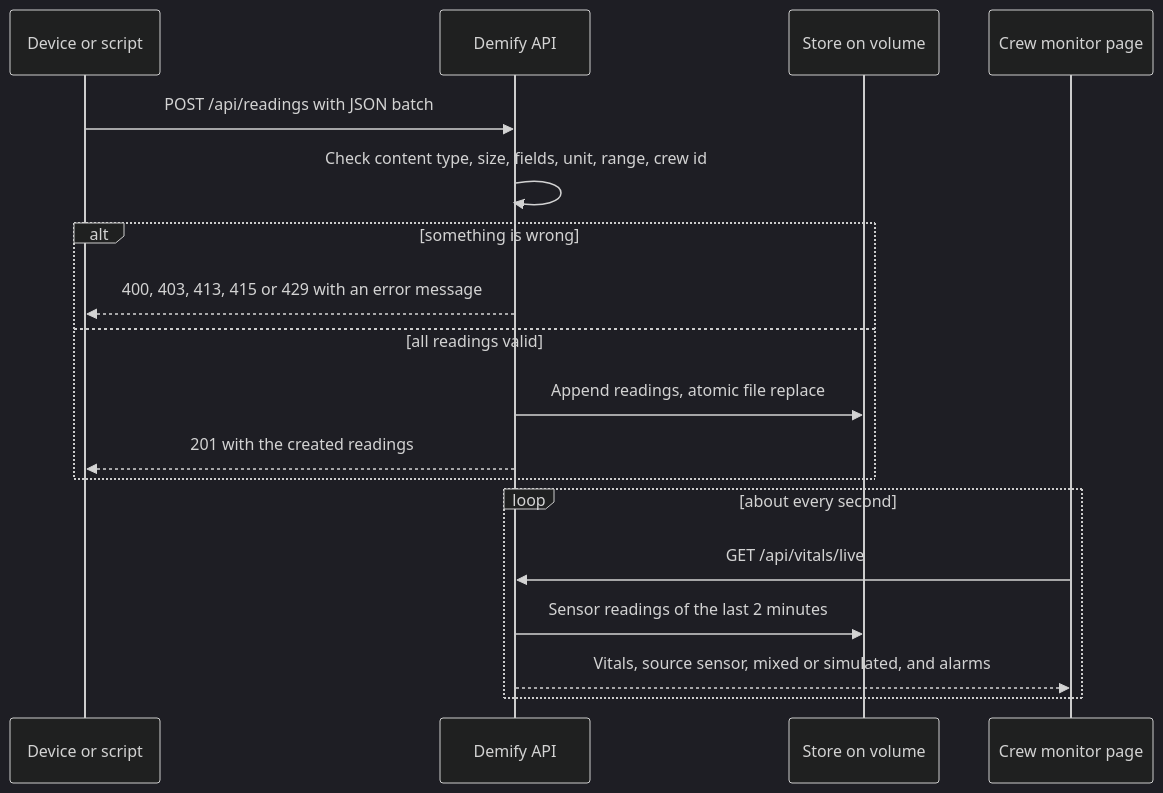
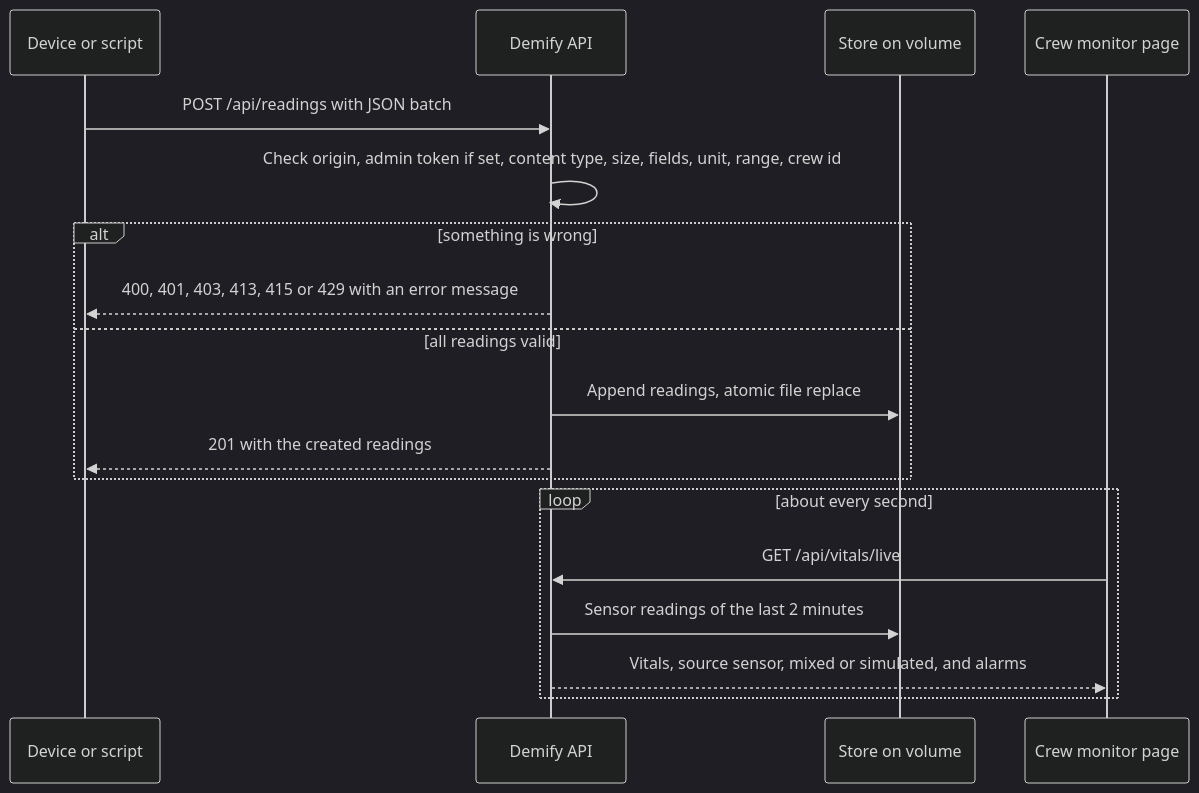
Before and after one commit to Duesi09/Demify---Health-Monitoring-Software-for-Astronauts: the third of 7 diagrams in docs/OPERATIONS.md, drawn with Mermaid (dark theme). The commit also changed other lines of this file and 19 other files, not shown here.

````diff
--- a/docs/OPERATIONS.md
+++ b/docs/OPERATIONS.md
@@ -123,21 +127,21 @@
 ```mermaid
 sequenceDiagram
     participant D as Device or script
     participant A as Demify API
     participant S as Store on volume
     participant M as Crew monitor page
 
     D->>A: POST /api/readings with JSON batch
-    A->>A: Check content type, size, fields, unit, range, crew id
+    A->>A: Check origin, admin token if set, content type, size, fields, unit, range, crew id
     alt something is wrong
-        A-->>D: 400, 403, 413, 415 or 429 with an error message
+        A-->>D: 400, 401, 403, 413, 415 or 429 with an error message
     else all readings valid
         A->>S: Append readings, atomic file replace
         A-->>D: 201 with the created readings
     end
     loop about every second
         M->>A: GET /api/vitals/live
         A->>S: Sensor readings of the last 2 minutes
         A-->>M: Vitals, source sensor, mixed or simulated, and alarms
     end
 ```
````
